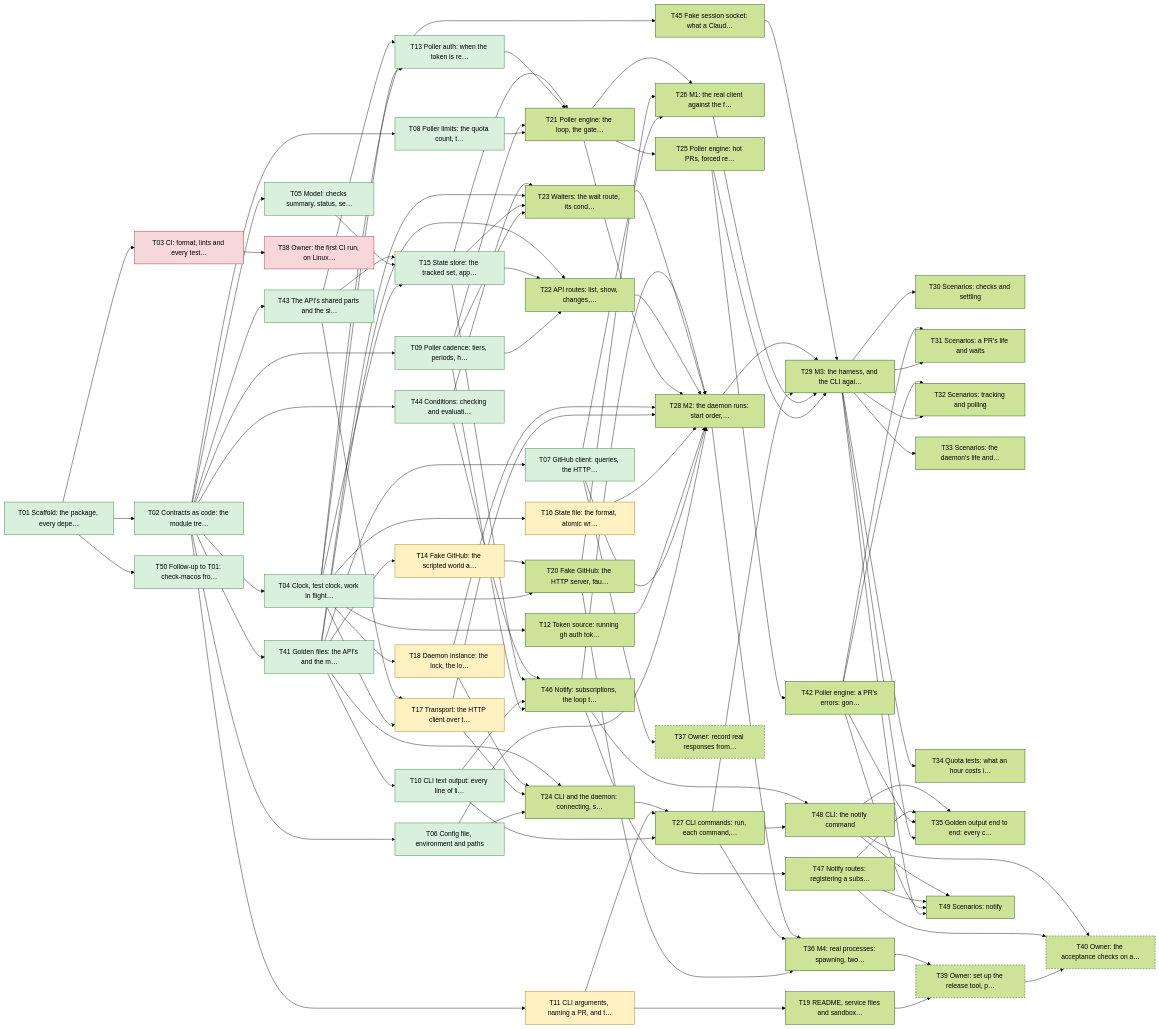
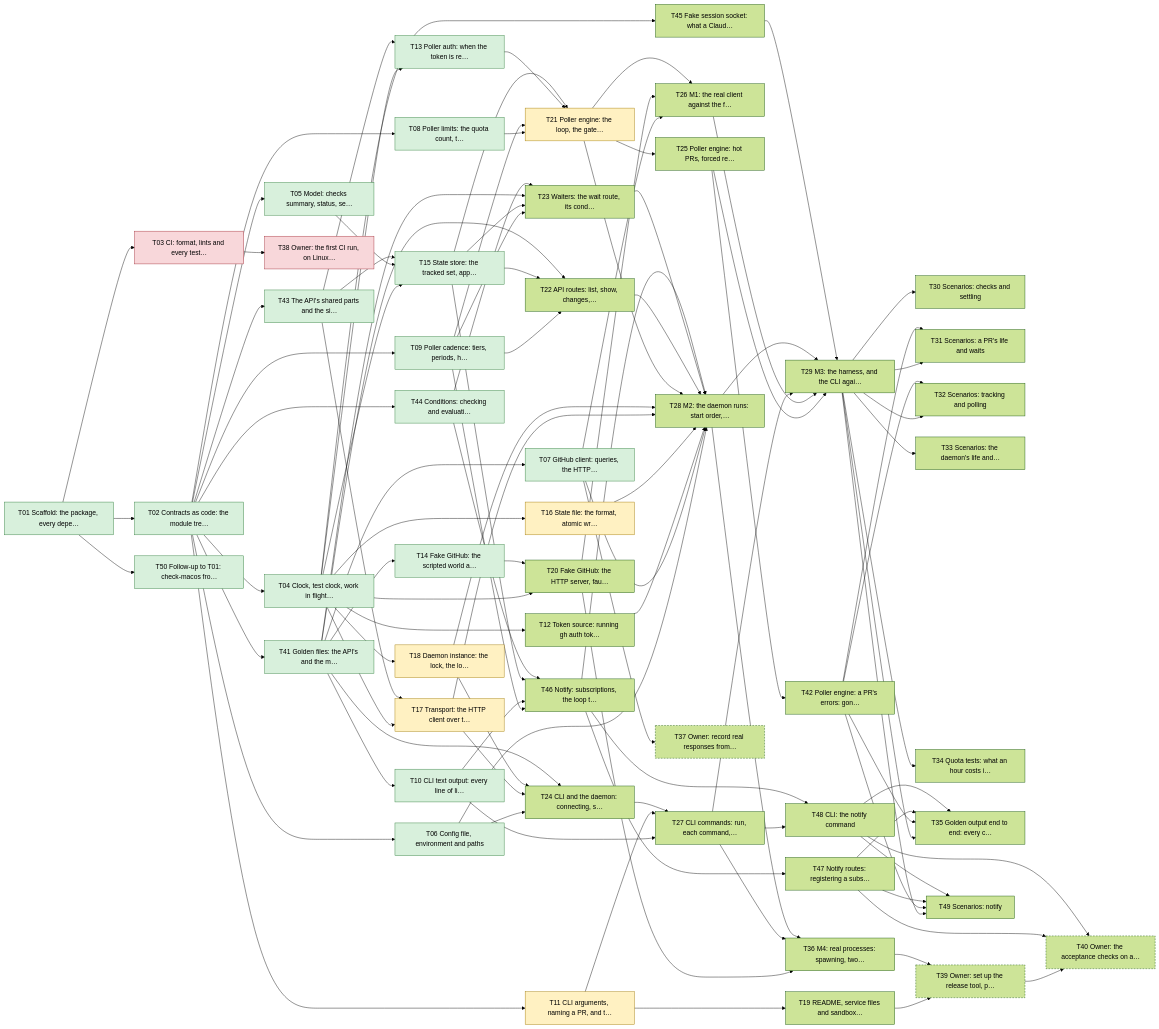
Before and after one commit to yachiko/circitor: the diagram in plan/README.md, drawn with Mermaid (forest theme). The commit also changed other lines of this file and 3 other files, not shown here.

```diff
--- a/plan/README.md
+++ b/plan/README.md
@@ -150,14 +150,14 @@
   T11["T11 CLI arguments, naming a PR, and t…"]:::active
   T12["T12 Token source: running gh auth tok…"]
   T13["T13 Poller auth: when the token is re…"]:::done
-  T14["T14 Fake GitHub: the scripted world a…"]:::active
+  T14["T14 Fake GitHub: the scripted world a…"]:::done
   T15["T15 State store: the tracked set, app…"]:::done
   T16["T16 State file: the format, atomic wr…"]:::active
   T17["T17 Transport: the HTTP client over t…"]:::active
   T18["T18 Daemon instance: the lock, the lo…"]:::active
   T19["T19 README, service files and sandbox…"]
   T20["T20 Fake GitHub: the HTTP server, fau…"]
-  T21["T21 Poller engine: the loop, the gate…"]
+  T21["T21 Poller engine: the loop, the gate…"]:::active
   T22["T22 API routes: list, show, changes,…"]
   T23["T23 Waiters: the wait route, its cond…"]
   T24["T24 CLI and the daemon: connecting, s…"]
```
